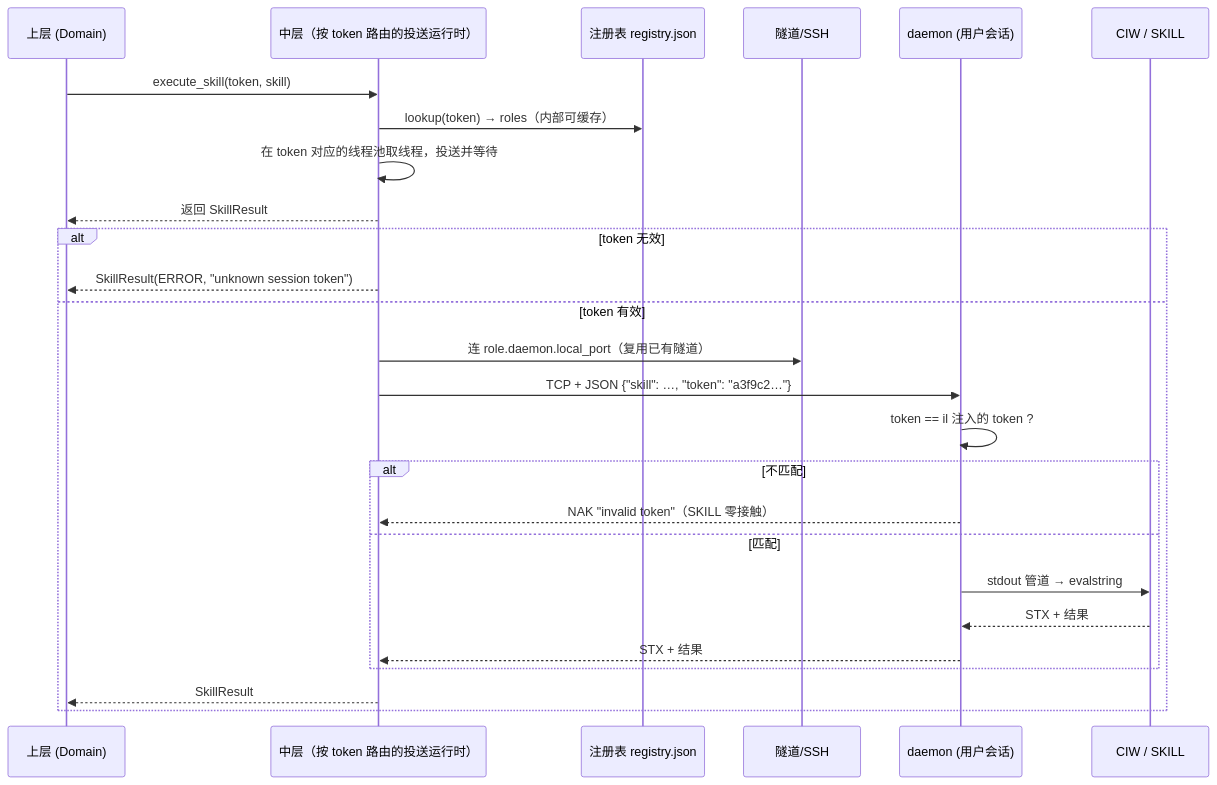
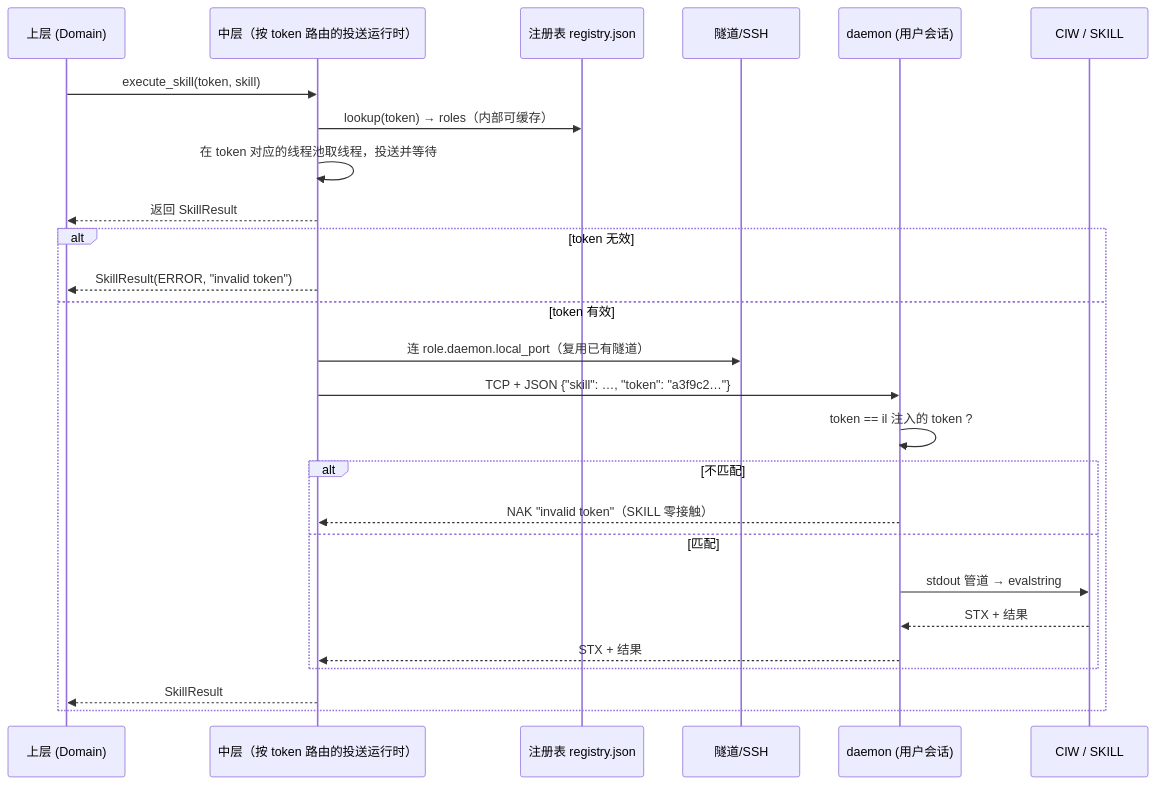
The second of 2 diagrams in spec/design-concepts/底层与中层/多用户设计.md (GentLau/virtuoso-bridge-NCS), drawn with Mermaid before and after one commit. The commit also changed other lines of this file and 16 other files, not shown here.

````diff
--- a/spec/design-concepts/底层与中层/多用户设计.md
+++ b/spec/design-concepts/底层与中层/多用户设计.md
@@ -278,29 +278,29 @@
 ```mermaid
 sequenceDiagram
     participant U as 上层 (Domain)
     participant M as 中层（按 token 路由的投送运行时）
     participant R as 注册表 registry.json
     participant T as 隧道/SSH
     participant D as daemon (用户会话)
     participant S as CIW / SKILL
 
     U->>M: execute_skill(token, skill)
     M->>R: lookup(token) → roles（内部可缓存）
     M->>M: 在 token 对应的线程池取线程，投送并等待
     M-->>U: 返回 SkillResult
     alt token 无效
-        M-->>U: SkillResult(ERROR, "unknown session token")
+        M-->>U: SkillResult(ERROR, "invalid token")
     else token 有效
         M->>T: 连 role.daemon.local_port（复用已有隧道）
         M->>D: TCP + JSON {"skill": …, "token": "a3f9c2…"}
         D->>D: token == il 注入的 token ?
         alt 不匹配
             D-->>M: NAK "invalid token"（SKILL 零接触）
         else 匹配
             D->>S: stdout 管道 → evalstring
             S-->>D: STX + 结果
             D-->>M: STX + 结果
         end
         M-->>U: SkillResult
     end
 ```
````
